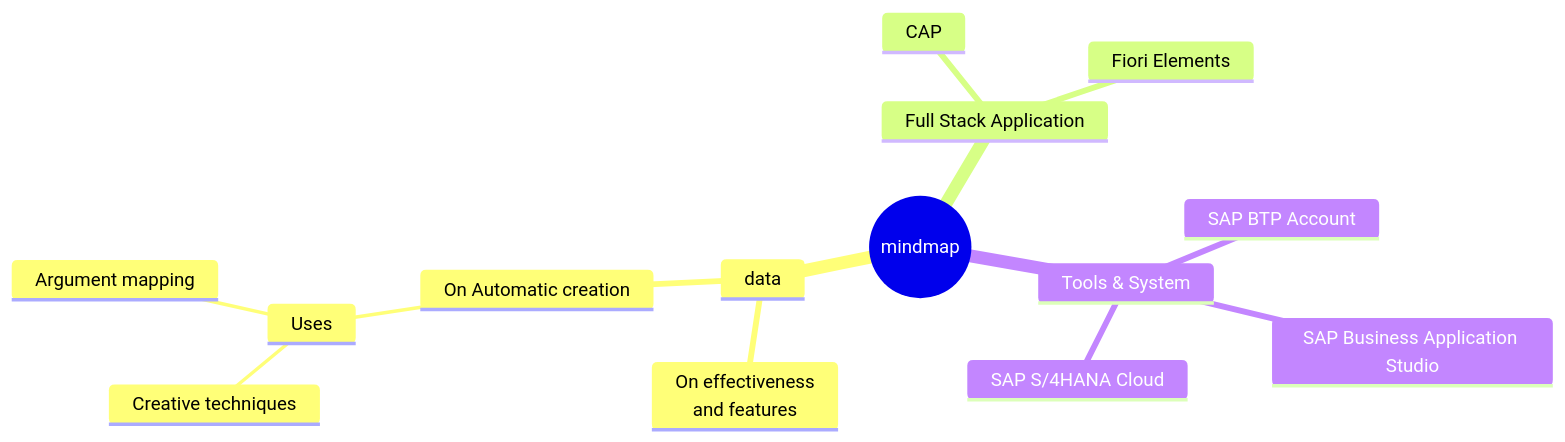
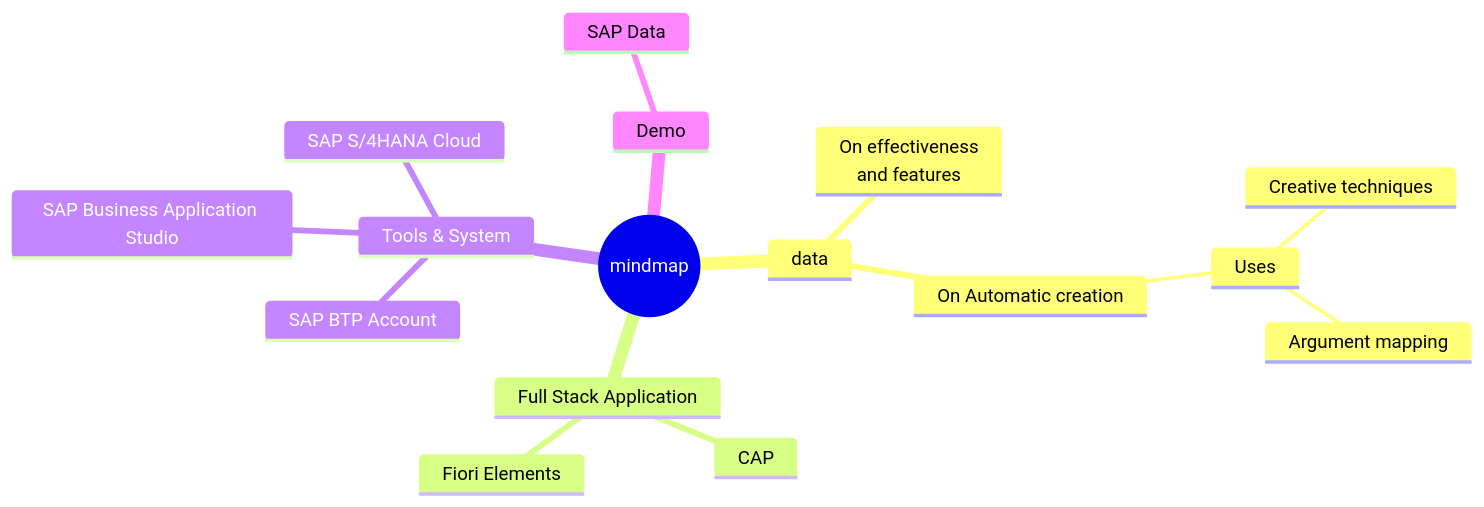
The first of 4 diagrams in README.md (ejazsyed/validation-issue), drawn with Mermaid before and after one commit.

````diff
--- a/README.md
+++ b/README.md
@@ -7,17 +7,20 @@
 ```mermaid
    mindmap
   root((mindmap))
     data
       On effectiveness<br/>and features
       On Automatic creation
         Uses
             Creative techniques
             Argument mapping
     Full Stack Application
       CAP
       Fiori Elements
     Tools & System
       SAP BTP Account
       SAP Business Application Studio
       SAP S/4HANA Cloud
+    Demo
+      SAP Data
+
 ```
````
